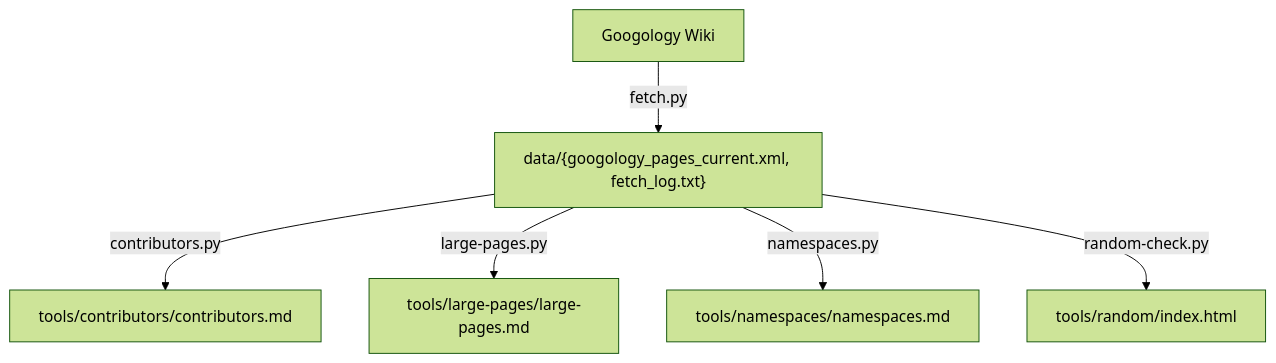
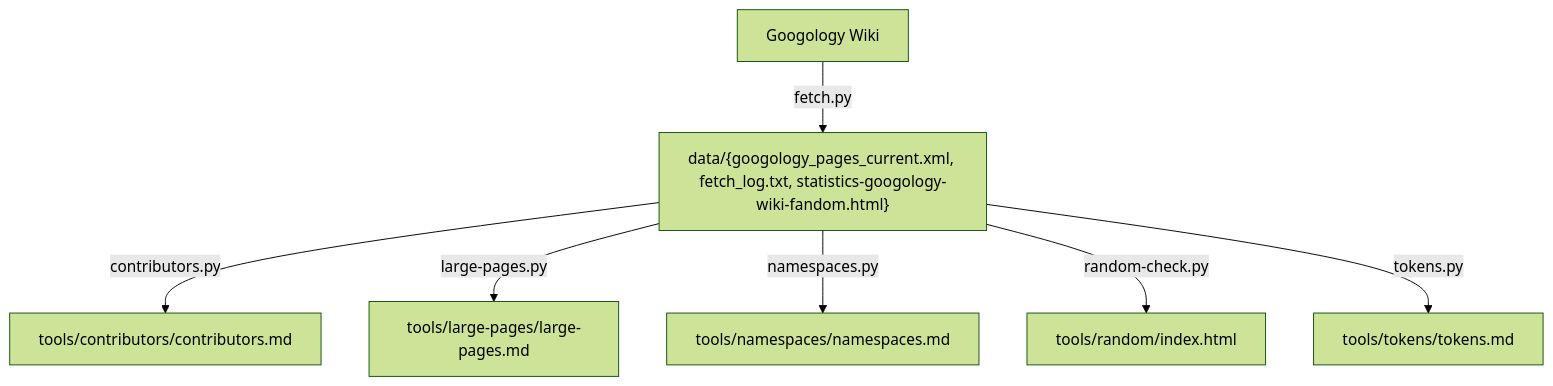
One commit to koteitan/googolbook-lm changed the diagram in tools/README.md. Above: the diagram before and after it, drawn with Mermaid (forest theme). The commit also changed other lines of this file and 5 other files, not shown here.

````diff
--- a/tools/README.md
+++ b/tools/README.md
@@ -17,8 +18,9 @@
 ```mermaid
 graph TD
-    A[Googology Wiki] -->|fetch.py| B["data/{googology_pages_current.xml, fetch_log.txt}"]
+    A[Googology Wiki] -->|fetch.py| B["data/{googology_pages_current.xml, fetch_log.txt, statistics-googology-wiki-fandom.html}"]
     B -->|contributors.py| C[tools/contributors/contributors.md]
     B -->|large-pages.py| D[tools/large-pages/large-pages.md]
     B -->|namespaces.py| E[tools/namespaces/namespaces.md]
     B -->|random-check.py| F[tools/random/index.html]
+    B -->|tokens.py| G[tools/tokens/tokens.md]
 ```
````
